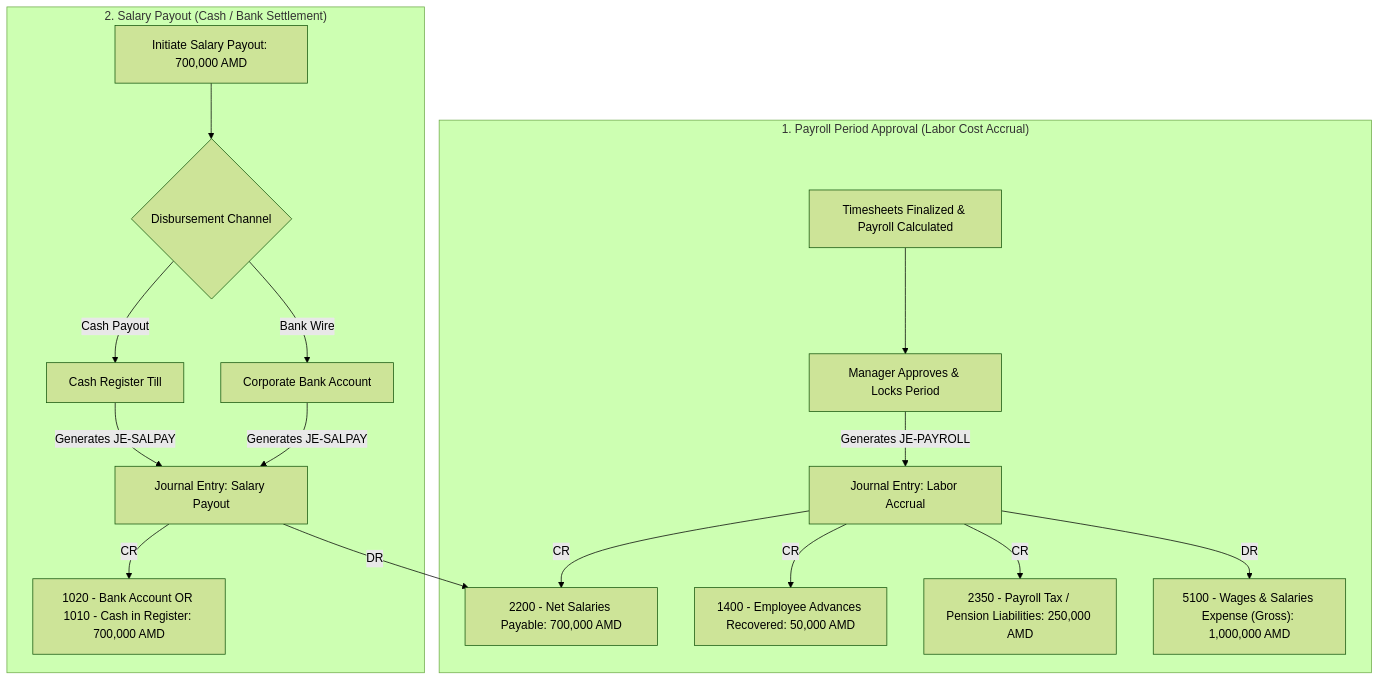
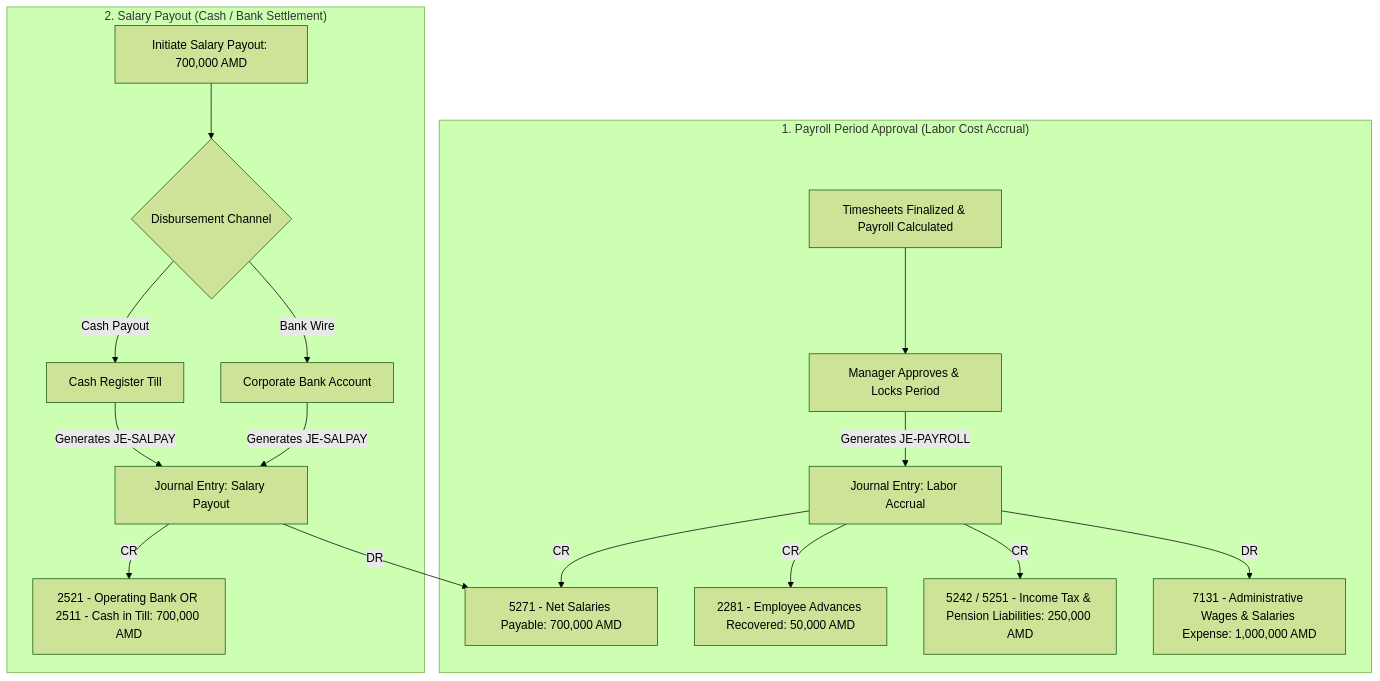
The fifth of 6 diagrams in docs/finance/03-financial-flow-diagrams.md (agevorgyan/qrmenu), drawn with Mermaid (forest theme) before and after one commit. The commit also changed other lines of this file and 46 other files, not shown here.

````diff
--- a/docs/finance/03-financial-flow-diagrams.md
+++ b/docs/finance/03-financial-flow-diagrams.md
@@ -116,21 +116,21 @@
 ```mermaid
 flowchart TD
     subgraph PayrollAccrual["1. Payroll Period Approval (Labor Cost Accrual)"]
         PP1["Timesheets Finalized & Payroll Calculated"] --> PP2["Manager Approves & Locks Period"]
         PP2 -->|Generates JE-PAYROLL| JE_PR["Journal Entry: Labor Accrual"]
-        JE_PR -->|DR| WAGE_EXP["5100 - Wages & Salaries Expense (Gross): 1,000,000 AMD"]
-        JE_PR -->|CR| TAX_LIAB["2350 - Payroll Tax / Pension Liabilities: 250,000 AMD"]
-        JE_PR -->|CR| ADV_REC["1400 - Employee Advances Recovered: 50,000 AMD"]
-        JE_PR -->|CR| NET_PAY["2200 - Net Salaries Payable: 700,000 AMD"]
+        JE_PR -->|DR| WAGE_EXP["7131 - Administrative Wages & Salaries Expense: 1,000,000 AMD"]
+        JE_PR -->|CR| TAX_LIAB["5242 / 5251 - Income Tax & Pension Liabilities: 250,000 AMD"]
+        JE_PR -->|CR| ADV_REC["2281 - Employee Advances Recovered: 50,000 AMD"]
+        JE_PR -->|CR| NET_PAY["5271 - Net Salaries Payable: 700,000 AMD"]
     end
 
     subgraph PayrollDisbursement["2. Salary Payout (Cash / Bank Settlement)"]
         SP_INIT["Initiate Salary Payout: 700,000 AMD"] --> SP_DISB{"Disbursement Channel"}
         SP_DISB -->|Bank Wire| SP_WIRE["Corporate Bank Account"]
         SP_DISB -->|Cash Payout| SP_TILL["Cash Register Till"]
         
         SP_WIRE & SP_TILL -->|Generates JE-SALPAY| JE_SP["Journal Entry: Salary Payout"]
         JE_SP -->|DR| NET_PAY
-        JE_SP -->|CR| CR_DISB["1020 - Bank Account OR 1010 - Cash in Register: 700,000 AMD"]
+        JE_SP -->|CR| CR_DISB["2521 - Operating Bank OR 2511 - Cash in Till: 700,000 AMD"]
     end
 ```
````
